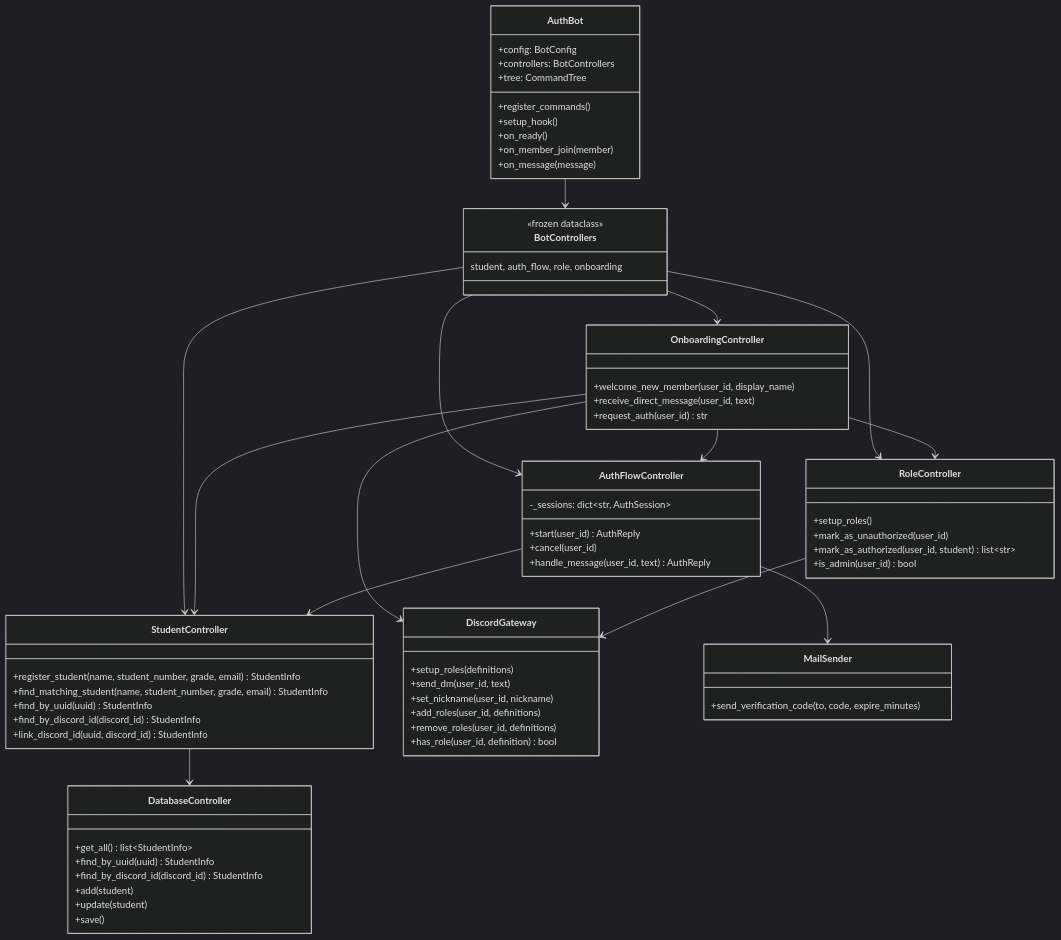
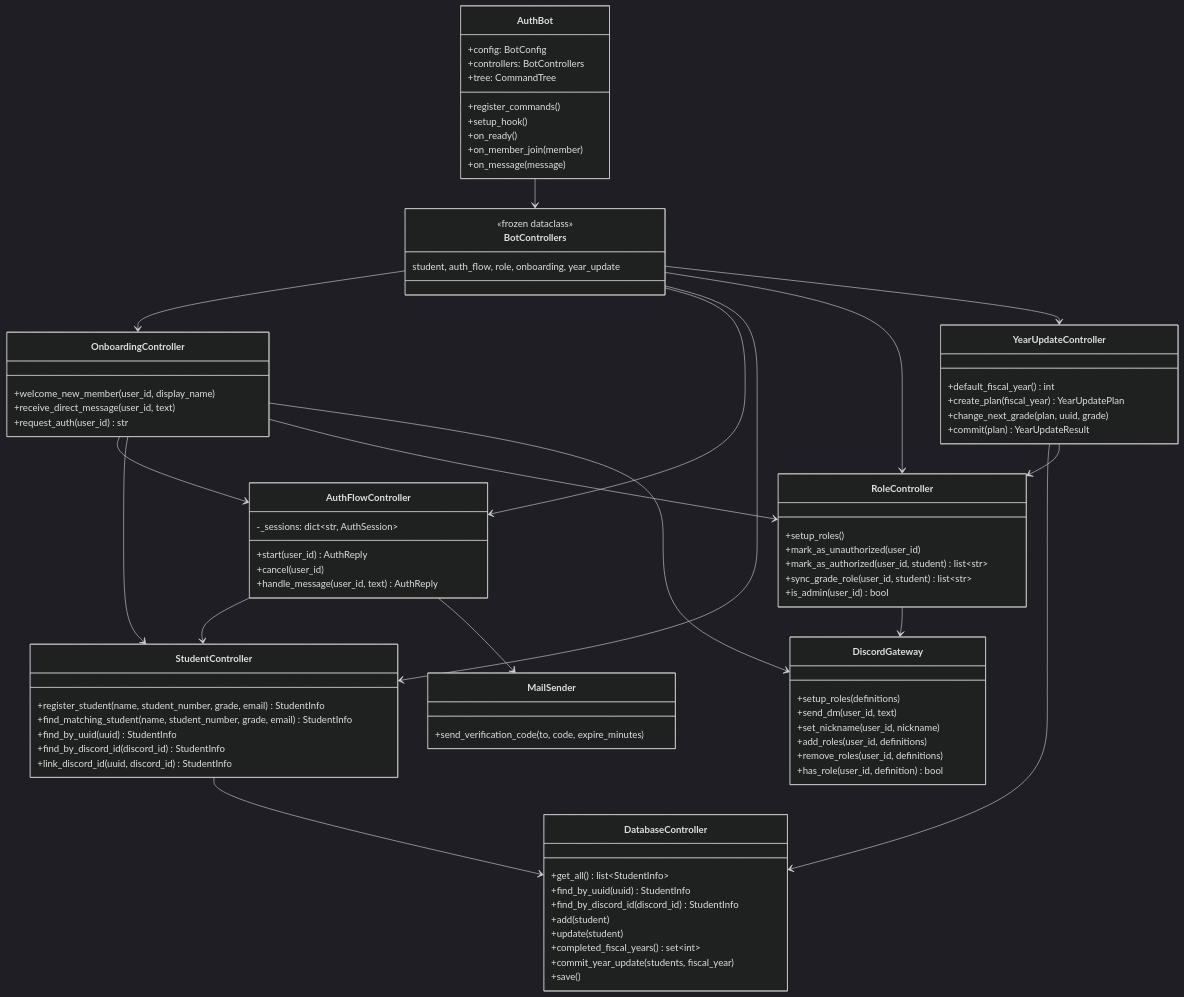
Before and after one commit to OhuchiLab/discord-authbot2: the first of 5 diagrams in docs/detailed_design.md, drawn with Mermaid (dark theme). The commit also changed other lines of this file and 22 other files, not shown here.

```diff
--- a/docs/detailed_design.md
+++ b/docs/detailed_design.md
@@ -106,7 +110,7 @@
     }
     class BotControllers {
         <<frozen dataclass>>
-        student, auth_flow, role, onboarding
+        student, auth_flow, role, onboarding, year_update
     }
     class OnboardingController {
         +welcome_new_member(user_id, display_name)
@@ -130,7 +134,14 @@
         +setup_roles()
         +mark_as_unauthorized(user_id)
         +mark_as_authorized(user_id, student) list~str~
+        +sync_grade_role(user_id, student) list~str~
         +is_admin(user_id) bool
+    }
+    class YearUpdateController {
+        +default_fiscal_year() int
+        +create_plan(fiscal_year) YearUpdatePlan
+        +change_next_grade(plan, uuid, grade)
+        +commit(plan) YearUpdateResult
     }
     class DatabaseController {
         +get_all() list~StudentInfo~
@@ -138,6 +149,8 @@
         +find_by_discord_id(discord_id) StudentInfo
         +add(student)
         +update(student)
+        +completed_fiscal_years() set~int~
+        +commit_year_update(students, fiscal_year)
         +save()
     }
     class DiscordGateway {
@@ -157,6 +170,9 @@
     BotControllers --> AuthFlowController
     BotControllers --> StudentController
     BotControllers --> RoleController
+    BotControllers --> YearUpdateController
+    YearUpdateController --> DatabaseController
+    YearUpdateController --> RoleController
     OnboardingController --> AuthFlowController
     OnboardingController --> StudentController
     OnboardingController --> RoleController
```
